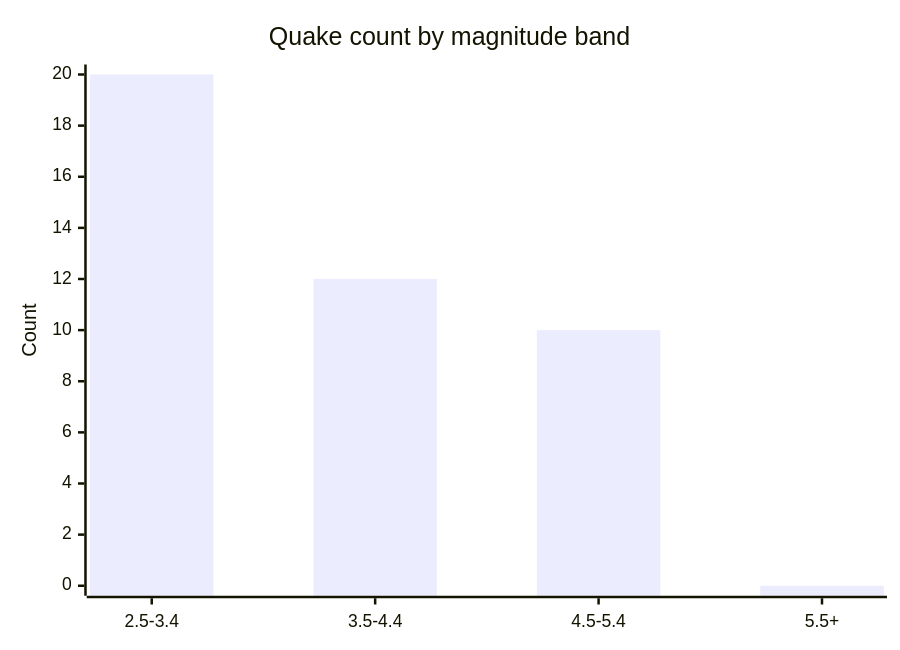
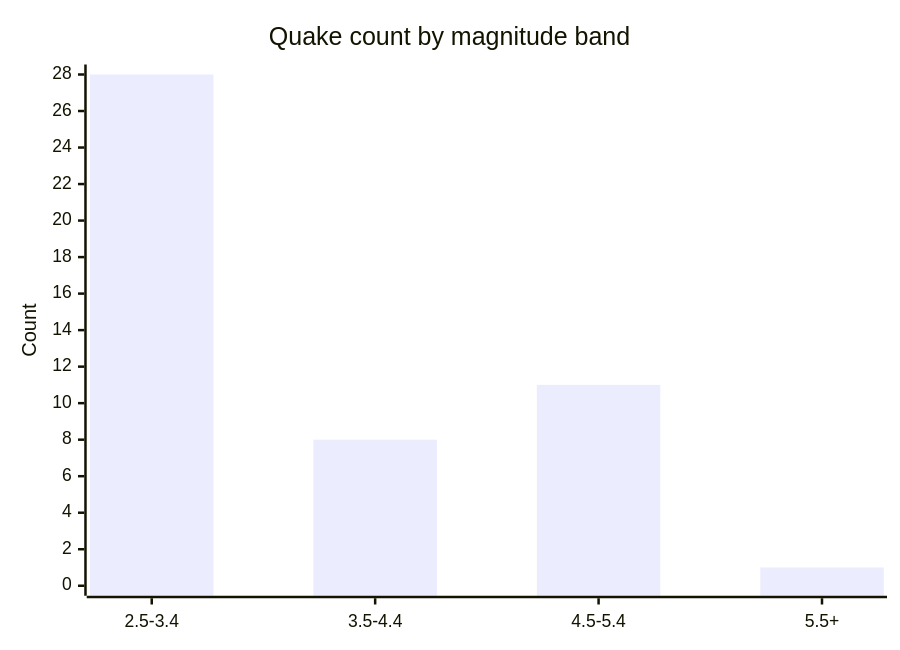
The fifth of 6 diagrams in docs/GRAPHS.md (Midwest-Stratospheric/aerostratospheric-defense-gir), drawn with Mermaid before and after one commit. The commit also changed other lines of this file and 24 other files, not shown here.

````diff
--- a/docs/GRAPHS.md
+++ b/docs/GRAPHS.md
@@ -82,7 +82,7 @@
 ```mermaid
 xychart-beta
   title "Quake count by magnitude band"
   x-axis ["2.5-3.4", "3.5-4.4", "4.5-5.4", "5.5+"]
-  y-axis "Count" 0 --> 20
-  bar [20, 12, 10, 0]
+  y-axis "Count" 0 --> 28
+  bar [28, 8, 11, 1]
 ```
````
